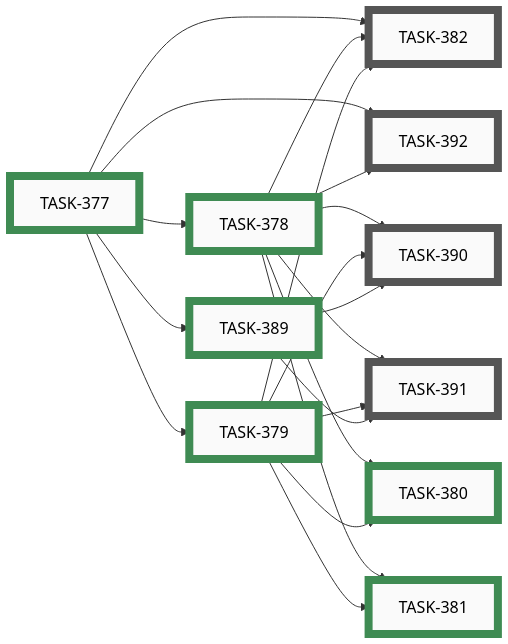
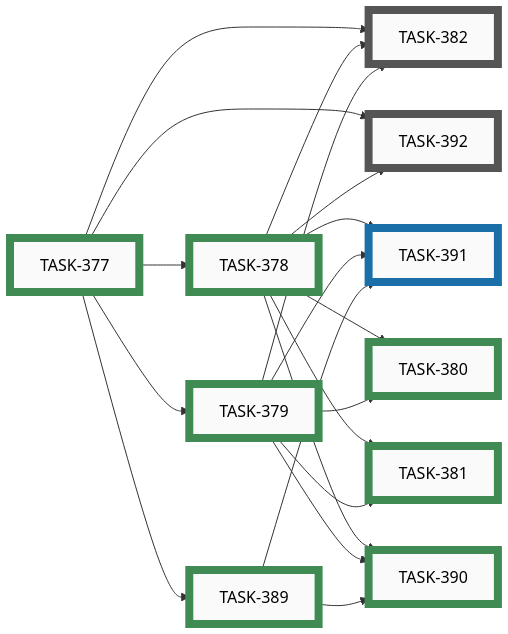
Before and after one commit to tgd1975/AwesomeGuitarPedal: the ninth of 11 diagrams in docs/developers/tasks/EPICS.md, drawn with Mermaid. The commit also changed other lines of this file and 10 other files, not shown here.

First line of the commit message:
close TASK-390: action editor named-pin picker (EPIC-029)

````diff
--- a/docs/developers/tasks/EPICS.md
+++ b/docs/developers/tasks/EPICS.md
@@ -305,49 +305,49 @@
 ```mermaid
 graph LR
     TASK_382["TASK-382"]:::open
-    TASK_390["TASK-390"]:::open
-    TASK_391["TASK-391"]:::open
     TASK_392["TASK-392"]:::open
+    TASK_391["TASK-391"]:::active
     TASK_377["TASK-377"]:::closed
     TASK_378["TASK-378"]:::closed
     TASK_379["TASK-379"]:::closed
     TASK_380["TASK-380"]:::closed
     TASK_381["TASK-381"]:::closed
     TASK_389["TASK-389"]:::closed
+    TASK_390["TASK-390"]:::closed
     TASK_377 --> TASK_382
     TASK_378 --> TASK_382
     TASK_379 --> TASK_382
-    TASK_378 --> TASK_390
-    TASK_379 --> TASK_390
-    TASK_389 --> TASK_390
+    TASK_377 --> TASK_392
+    TASK_378 --> TASK_392
     TASK_378 --> TASK_391
     TASK_379 --> TASK_391
     TASK_389 --> TASK_391
-    TASK_377 --> TASK_392
-    TASK_378 --> TASK_392
     TASK_377 --> TASK_378
     TASK_377 --> TASK_379
     TASK_378 --> TASK_380
     TASK_379 --> TASK_380
     TASK_378 --> TASK_381
     TASK_379 --> TASK_381
     TASK_377 --> TASK_389
+    TASK_378 --> TASK_390
+    TASK_379 --> TASK_390
+    TASK_389 --> TASK_390
     click TASK_382 "open/task-382-named-pins-builder-docs-and-github-addition-process.md"
-    click TASK_390 "open/task-390-action-editor-named-pin-ux.md"
-    click TASK_391 "open/task-391-missing-mapping-warning-surfaces.md"
     click TASK_392 "open/task-392-js-config-builder-pinnames-ux.md"
+    click TASK_391 "active/task-391-missing-mapping-warning-surfaces.md"
     click TASK_377 "closed/task-377-define-v1-standard-pin-name-set.md"
     click TASK_378 "closed/task-378-hardware-config-pinnames-mapping.md"
     click TASK_379 "closed/task-379-profile-schema-accept-named-pin-references.md"
     click TASK_380 "closed/task-380-esp32-resolve-named-pins-at-config-load.md"
     click TASK_381 "closed/task-381-configurator-named-pin-ux-autocomplete-validation-warning.md"
     click TASK_389 "closed/task-389-pin-names-catalog-service.md"
+    click TASK_390 "closed/task-390-action-editor-named-pin-ux.md"
     classDef open    fill:#FAFAFA,stroke:#555,stroke-width:8px,color:#000
     classDef active  fill:#FAFAFA,stroke:#1A6FA8,stroke-width:8px,color:#000
     classDef closed  fill:#FAFAFA,stroke:#3F8B53,stroke-width:8px,color:#000
     classDef paused  fill:#FAFAFA,stroke:#B07810,stroke-width:8px,color:#000
     classDef openExt    fill:#000,stroke:#888,stroke-width:8px,color:#FFF
     classDef activeExt  fill:#000,stroke:#3FA9F5,stroke-width:8px,color:#FFF
     classDef closedExt  fill:#000,stroke:#7CC68A,stroke-width:8px,color:#FFF
     classDef pausedExt  fill:#000,stroke:#F0B030,stroke-width:8px,color:#FFF
 ```
````
